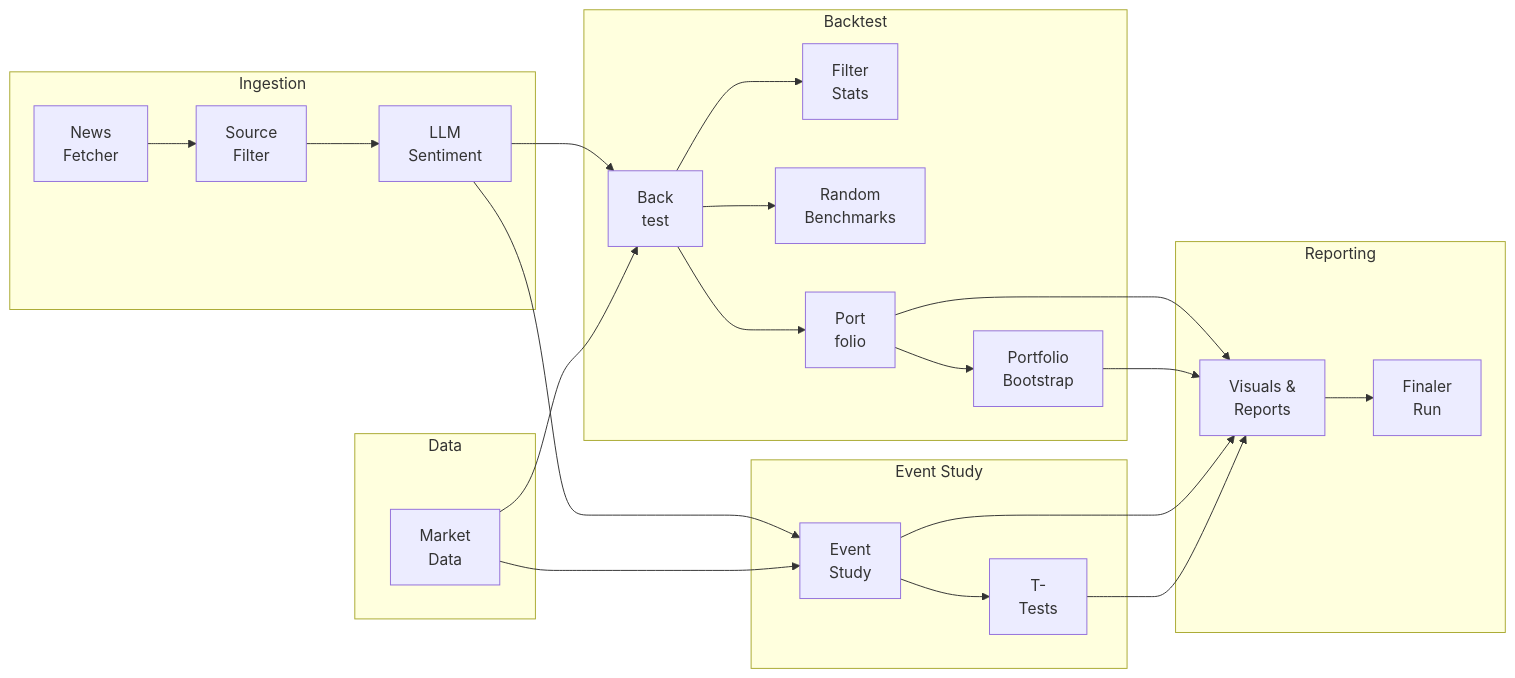
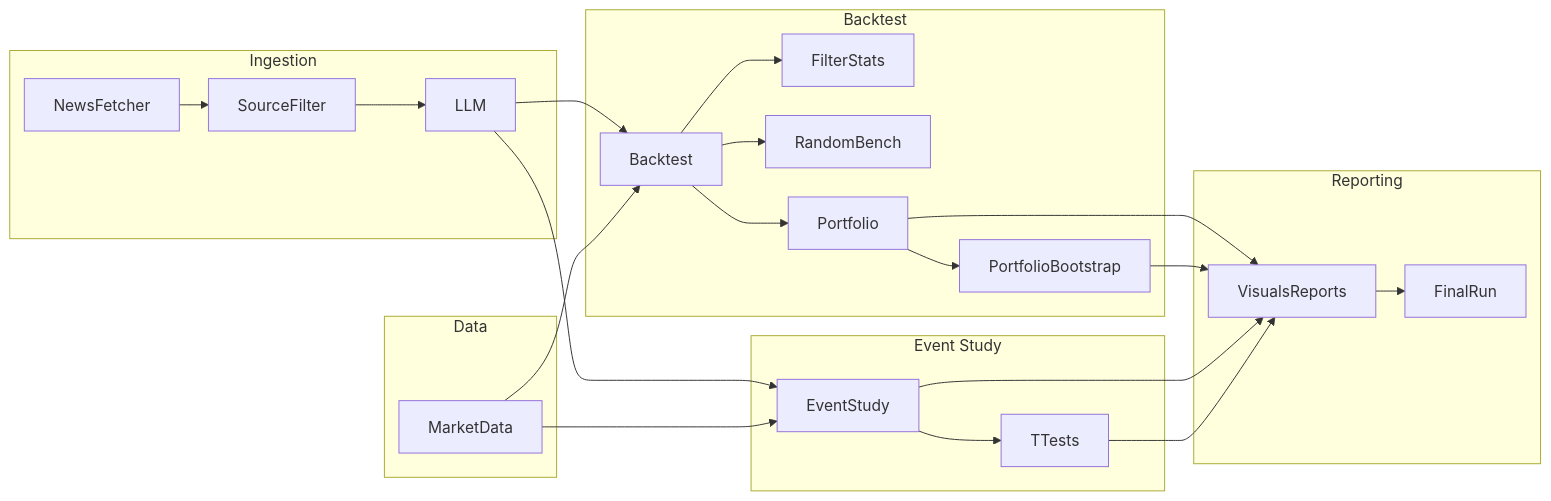
Before and after one commit to Lugier/intraday-news-sentiment-backtester: the diagram in README.md, drawn with Mermaid.

Commit message:
docs: Mermaid init mit htmlLabels:false + spacing, längere Labels, größere Boxen

````diff
--- a/README.md
+++ b/README.md
@@ -56,40 +56,41 @@
 ```mermaid
+%%{init: { 'flowchart': { 'htmlLabels': false, 'nodeSpacing': 30, 'rankSpacing': 30 } }}%%
 flowchart LR
 
   %% Ingestion
   subgraph INGESTION [Ingestion]
-    NF["News\nFetcher"] --> SF["Source\nFilter"]
-    SF --> LLM["LLM\nSentiment"]
+    NF[NewsFetcher] --> SF[SourceFilter]
+    SF --> LLM[LLM]
   end
 
   %% Data
   subgraph DATA [Data]
-    MD["Market\nData"]
+    MD[MarketData]
   end
 
   %% Backtest
   subgraph BACKTEST [Backtest]
-    LLM --> BT["Back\ntest"]
+    LLM --> BT[Backtest]
     MD --> BT
-    BT --> FS["Filter\nStats"]
-    BT --> RB["Random\nBenchmarks"]
-    BT --> PF["Port\nfolio"]
-    PF --> PB["Portfolio\nBootstrap"]
+    BT --> FS[FilterStats]
+    BT --> RB[RandomBench]
+    BT --> PF[Portfolio]
+    PF --> PB[PortfolioBootstrap]
   end
 
   %% Event Study
   subgraph EVENTSTUDY [Event Study]
-    LLM --> ES["Event\nStudy"]
+    LLM --> ES[EventStudy]
     MD --> ES
-    ES --> EST["T-\nTests"]
+    ES --> EST[TTests]
   end
 
   %% Reporting
   subgraph REPORTING [Reporting]
-    PF --> VR["Visuals &\nReports"]
+    PF --> VR[VisualsReports]
     PB --> VR
     ES --> VR
     EST --> VR
-    VR --> OUT["Finaler\nRun"]
+    VR --> OUT[FinalRun]
   end
 ```
````
